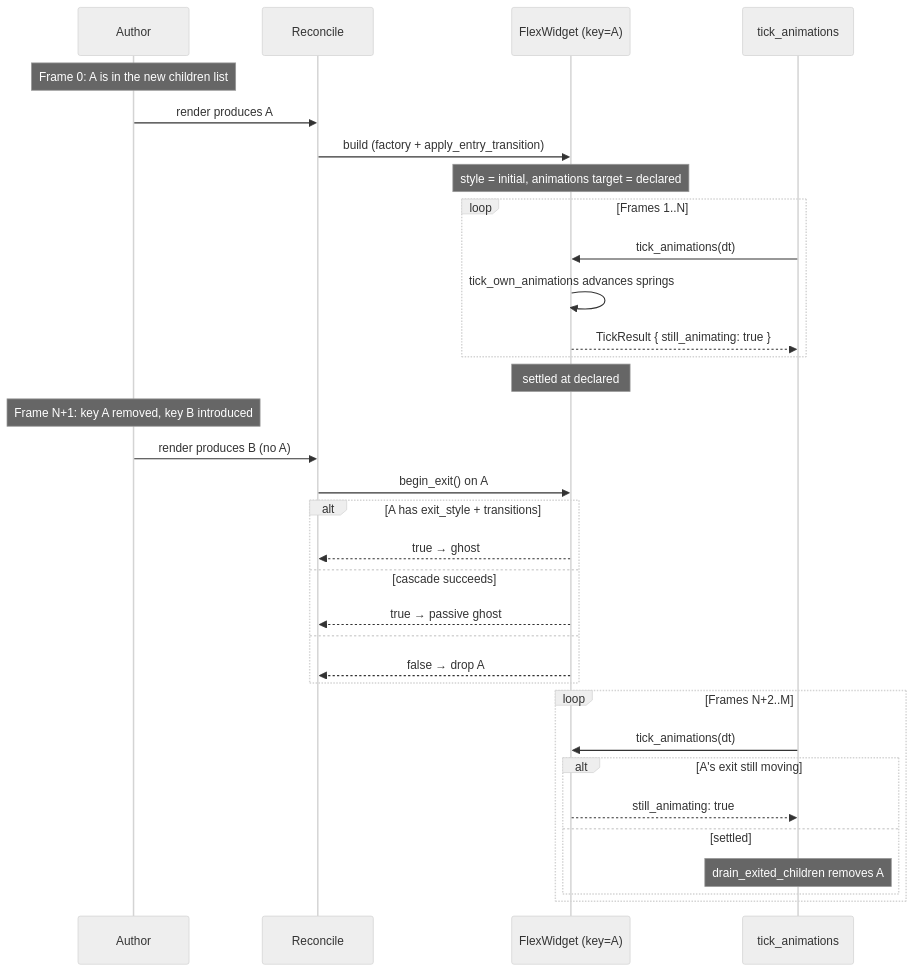
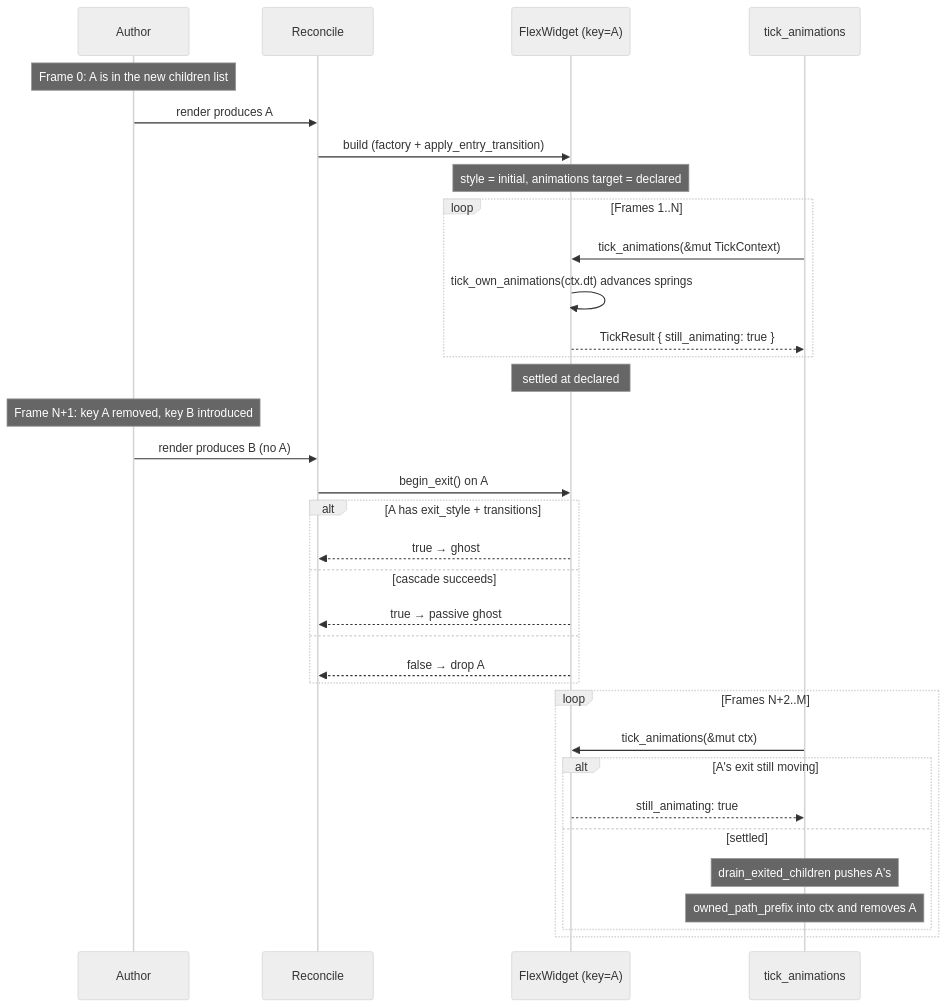
One commit to fian-team/ogham changed the diagram in docs/internal/ANIMATION_LIFECYCLE.md. Above: the diagram before and after it, drawn with Mermaid (neutral theme). The commit also changed other lines of this file and 21 other files, not shown here.

````diff
--- a/docs/internal/ANIMATION_LIFECYCLE.md
+++ b/docs/internal/ANIMATION_LIFECYCLE.md
@@ -388,39 +414,40 @@
 ```mermaid
 sequenceDiagram
     participant Author
     participant Recon as Reconcile
     participant Flex as FlexWidget (key=A)
     participant Tick as tick_animations
 
     Note over Author: Frame 0: A is in the new children list
     Author->>Recon: render produces A
     Recon->>Flex: build (factory + apply_entry_transition)
     Note over Flex: style = initial, animations target = declared
 
     loop Frames 1..N
-        Tick->>Flex: tick_animations(dt)
-        Flex->>Flex: tick_own_animations advances springs
+        Tick->>Flex: tick_animations(&mut TickContext)
+        Flex->>Flex: tick_own_animations(ctx.dt) advances springs
         Flex-->>Tick: TickResult { still_animating: true }
     end
     Note over Flex: settled at declared
 
     Note over Author: Frame N+1: key A removed, key B introduced
     Author->>Recon: render produces B (no A)
     Recon->>Flex: begin_exit() on A
     alt A has exit_style + transitions
         Flex-->>Recon: true → ghost
     else cascade succeeds
         Flex-->>Recon: true → passive ghost
     else
         Flex-->>Recon: false → drop A
     end
 
     loop Frames N+2..M
-        Tick->>Flex: tick_animations(dt)
+        Tick->>Flex: tick_animations(&mut ctx)
         alt A's exit still moving
             Flex-->>Tick: still_animating: true
         else settled
-            Note over Tick: drain_exited_children removes A
+            Note over Tick: drain_exited_children pushes A's
+            Note over Tick: owned_path_prefix into ctx and removes A
         end
     end
 ```
````
